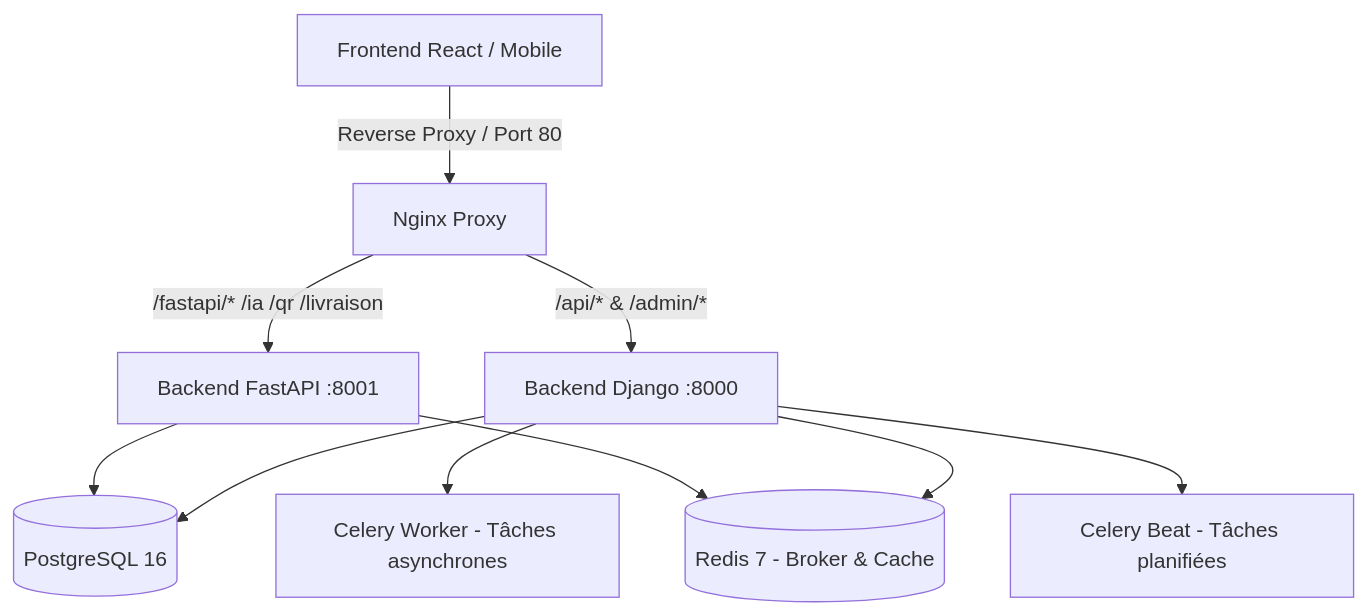
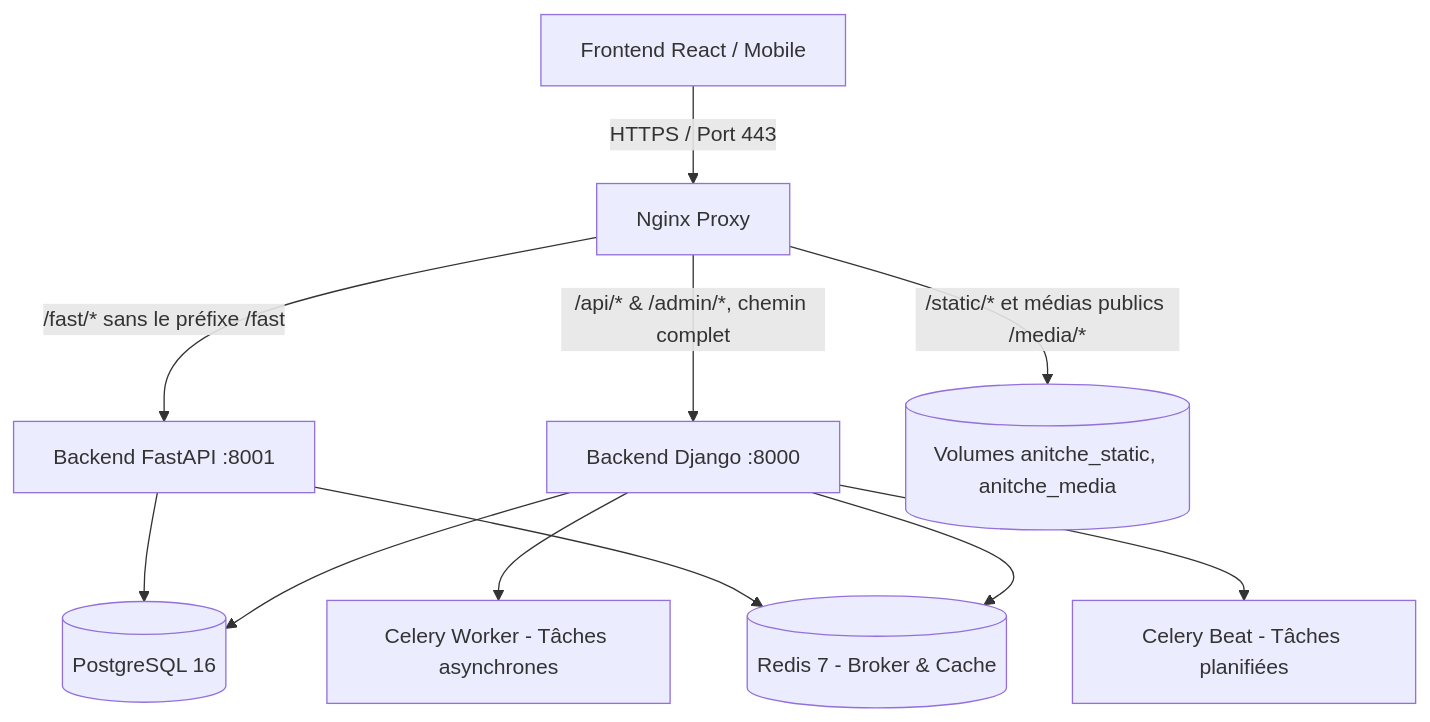
One commit to ANITCHE-TEAM/anitche changed the first of 2 diagrams in docs/ANALYSE_BACKEND.md. Above: the diagram before and after it, drawn with Mermaid. The commit also changed 5 other files, not shown here.

Commit message:
docs: nginx routing, CinetPay notification URL and public media access

````diff
--- a/docs/ANALYSE_BACKEND.md
+++ b/docs/ANALYSE_BACKEND.md
@@ -14,14 +14,15 @@
 ```mermaid
 graph TD
-    Client[Frontend React / Mobile] -->|Reverse Proxy / Port 80| NGINX[Nginx Proxy]
-    NGINX -->|/api/* & /admin/*| Django[Backend Django :8000]
-    NGINX -->|/fastapi/* /ia /qr /livraison| FastAPI[Backend FastAPI :8001]
+    Client[Frontend React / Mobile] -->|HTTPS / Port 443| NGINX[Nginx Proxy]
+    NGINX -->|/api/* & /admin/*, chemin complet| Django[Backend Django :8000]
+    NGINX -->|/fast/* sans le préfixe /fast| FastAPI[Backend FastAPI :8001]
+    NGINX -->|/static/* et médias publics /media/*| Volumes[(Volumes anitche_static, anitche_media)]
     
     Django --> Postgres[(PostgreSQL 16)]
     Django --> Redis[(Redis 7 - Broker & Cache)]
     Django --> CeleryW[Celery Worker - Tâches asynchrones]
     Django --> CeleryB[Celery Beat - Tâches planifiées]
     
     FastAPI --> Postgres
     FastAPI --> Redis
 ```
````
